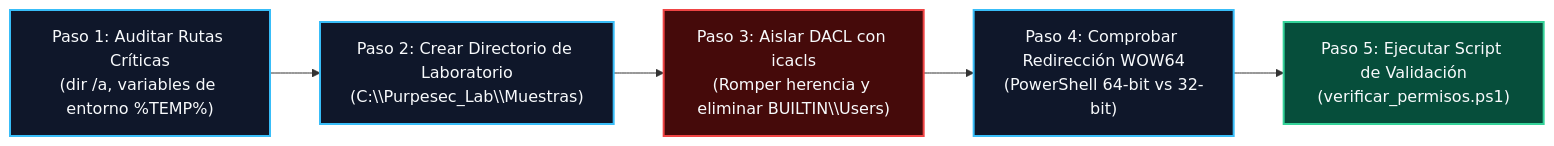
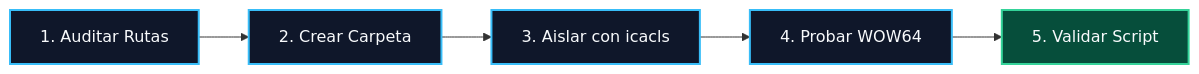
The diagram in malware-analysis/01-arquitectura-windows-directorios-y-permisos/lab/README.md (purpesec/Cybersecurity-For-Beginners), drawn with Mermaid before and after one commit. The commit also changed 2 other files, not shown here.

Commit message:
style: redisear diagramas con pocos nodos y fuentes grandes para evitar compresion

````diff
--- a/malware-analysis/01-arquitectura-windows-directorios-y-permisos/lab/README.md
+++ b/malware-analysis/01-arquitectura-windows-directorios-y-permisos/lab/README.md
@@ -24,14 +24,7 @@
 ```mermaid
 flowchart LR
     classDef step fill:#0f172a,stroke:#38bdf8,stroke-width:2px,color:#f8fafc;
     classDef check fill:#064e3b,stroke:#34d399,stroke-width:2px,color:#f8fafc;
-    classDef alert fill:#450a0a,stroke:#ef4444,stroke-width:2px,color:#f8fafc;
 
-    S1["Paso 1: Auditar Rutas Críticas\n(dir /a, variables de entorno %TEMP%)"]:::step
-    S2["Paso 2: Crear Directorio de Laboratorio\n(C:\\Purpesec_Lab\\Muestras)"]:::step
-    S3["Paso 3: Aislar DACL con icacls\n(Romper herencia y eliminar BUILTIN\\Users)"]:::alert
-    S4["Paso 4: Comprobar Redirección WOW64\n(PowerShell 64-bit vs 32-bit)"]:::step
-    S5["Paso 5: Ejecutar Script de Validación\n(verificar_permisos.ps1)"]:::check
-
-    S1 --> S2 --> S3 --> S4 --> S5
+    S1["1. Auditar Rutas"]:::step --> S2["2. Crear Carpeta"]:::step --> S3["3. Aislar con icacls"]:::step --> S4["4. Probar WOW64"]:::step --> S5["5. Validar Script"]:::check
 ```
````
